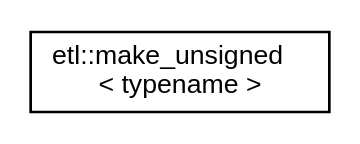
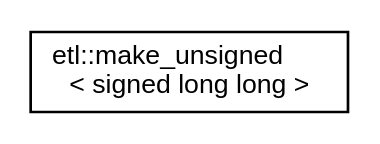
One commit to tobanteAudio/taetl changed the diagram in inherit_graph_50.dot. Above: the diagram before and after it, drawn with Graphviz. The commit also changed 162 other files, not shown here.

```diff
--- a/inherit_graph_50.dot
+++ b/inherit_graph_50.dot
@@ -1,7 +1,7 @@
 digraph "Graphical Class Hierarchy"
 {
   edge [fontname="Helvetica",fontsize="10",labelfontname="Helvetica",labelfontsize="10"];
   node [fontname="Helvetica",fontsize="10",shape=record];
   rankdir="LR";
-  Node0 [label="etl::make_unsigned\l\< typename \>",height=0.2,width=0.4,color="black", fillcolor="white", style="filled",URL="$structetl_1_1make__unsigned.html",tooltip="If T is an integral (except bool) or enumeration type, provides the member typedef type which is the ..."];
+  Node0 [label="etl::make_unsigned\l\< signed long long \>",height=0.2,width=0.4,color="black", fillcolor="white", style="filled",URL="$structetl_1_1make__unsigned_3_01signed_01long_01long_01_4.html"];
 }
```
